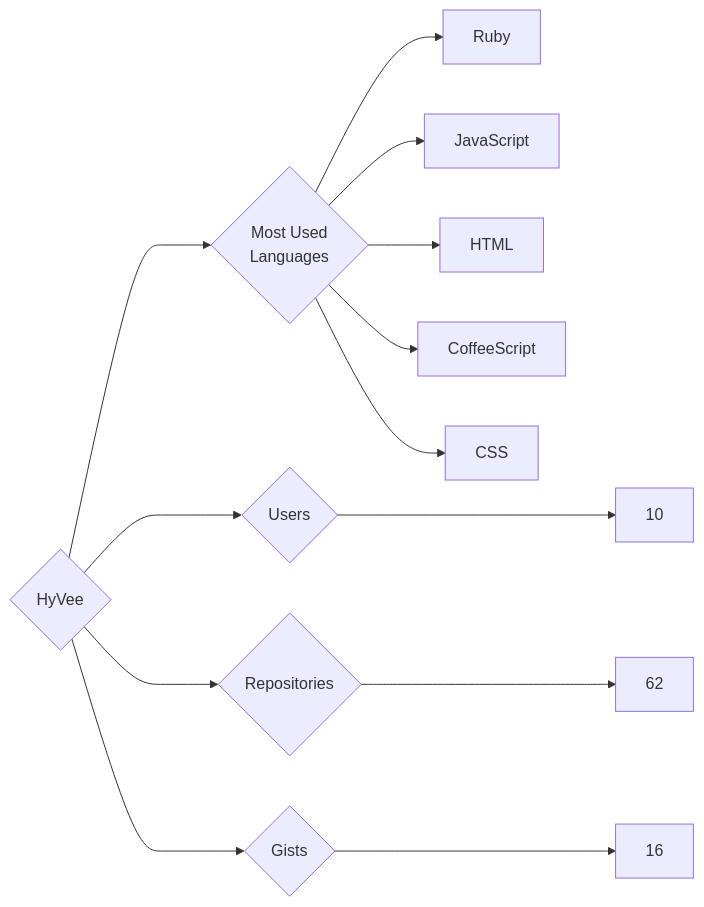
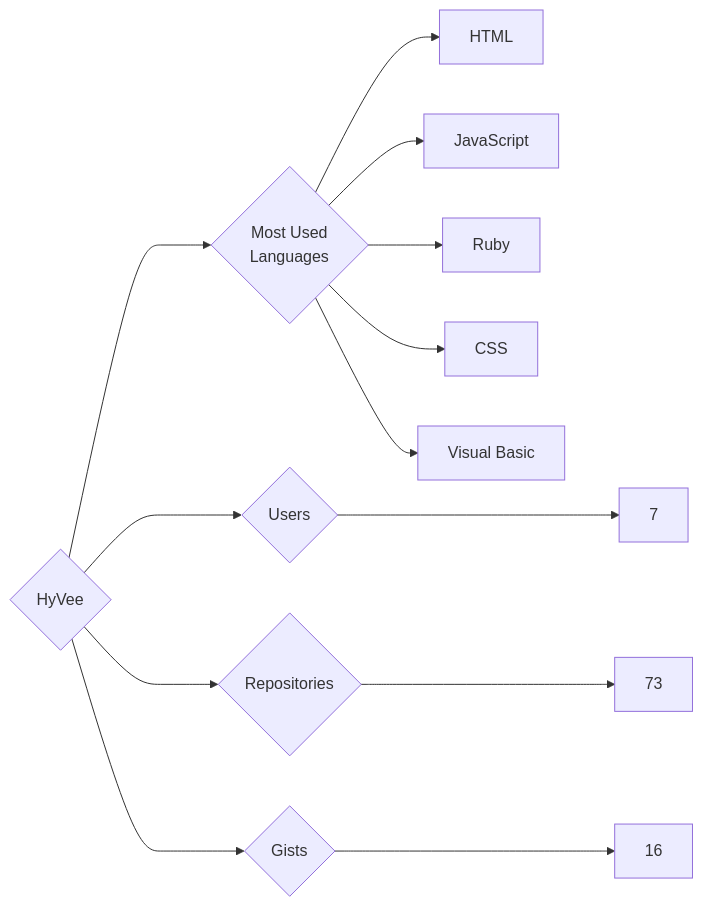
One commit to trickest/insiders changed the diagram in targets/HyVee/README.md. Above: the diagram before and after it, drawn with Mermaid. The commit also changed 845 other files, not shown here.

````diff
--- a/targets/HyVee/README.md
+++ b/targets/HyVee/README.md
@@ -3,13 +3,13 @@
 ```mermaid
 graph LR
 COMPANY_NAME{HyVee}
-COMPANY_NAME ---> U{Users} ---> UN[10]
-COMPANY_NAME ---> R{Repositories} ---> RN[62]
+COMPANY_NAME ---> U{Users} ---> UN[7]
+COMPANY_NAME ---> R{Repositories} ---> RN[73]
 COMPANY_NAME ---> G{Gists} ---> GN[16]
 COMPANY_NAME ---> ML{Most Used<br>Languages}
+ML --> HTML[HTML]
+ML --> JavaScript[JavaScript]
 ML --> Ruby[Ruby]
-ML --> JavaScript[JavaScript]
-ML --> HTML[HTML]
-ML --> CoffeeScript[CoffeeScript]
 ML --> CSS[CSS]
+ML --> Visual_Basic[Visual Basic]
 ```
````
